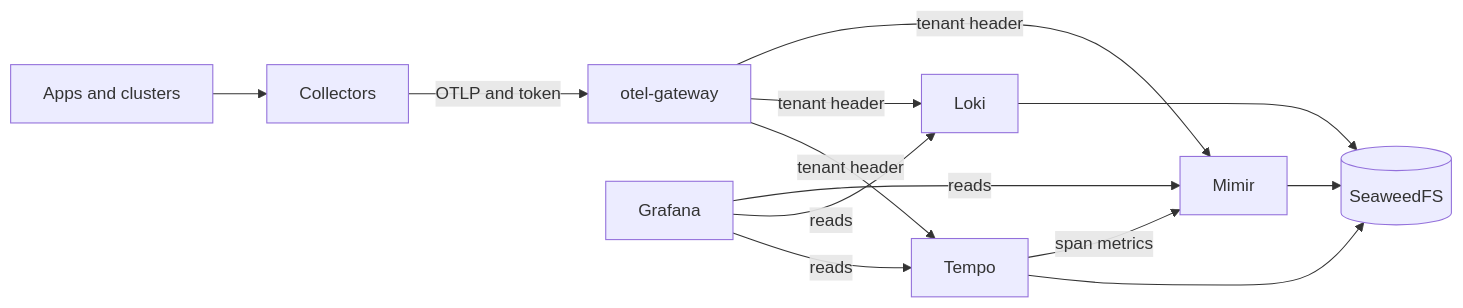
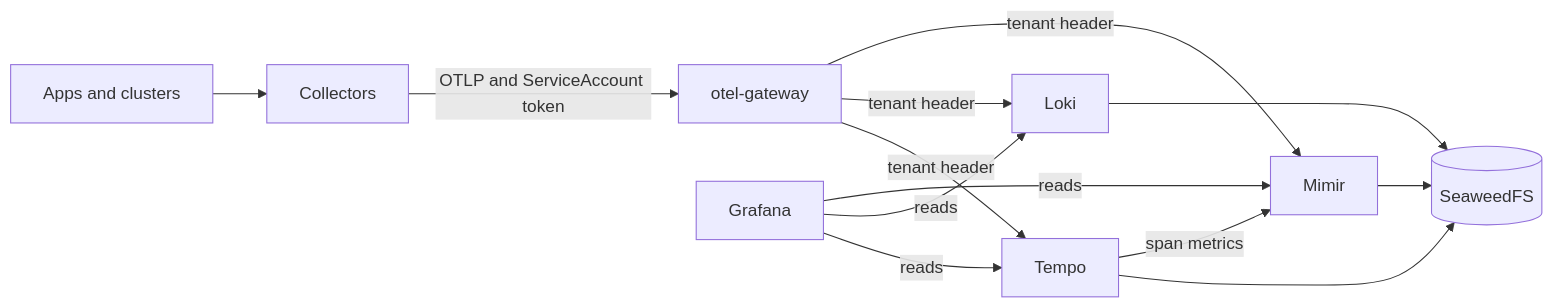
The first of 2 diagrams in charts/lgtm-grafana/README.md (rezakaramad/kubepave), drawn with Mermaid before and after one commit. The commit also changed 15 other files, not shown here.

````diff
--- a/charts/lgtm-grafana/README.md
+++ b/charts/lgtm-grafana/README.md
@@ -41,15 +41,15 @@
 ```mermaid
 flowchart LR
     apps[Apps and clusters] --> col[Collectors]
-    col -- OTLP and token --> gw[otel-gateway]
+    col -- OTLP and ServiceAccount token --> gw[otel-gateway]
     gw -- tenant header --> mimir[Mimir]
     gw -- tenant header --> loki[Loki]
     gw -- tenant header --> tempo[Tempo]
     tempo -- span metrics --> mimir
     mimir --> sw[(SeaweedFS)]
     loki --> sw
     tempo --> sw
     grafana[Grafana] -- reads --> mimir
     grafana -- reads --> loki
     grafana -- reads --> tempo
 ```
````
